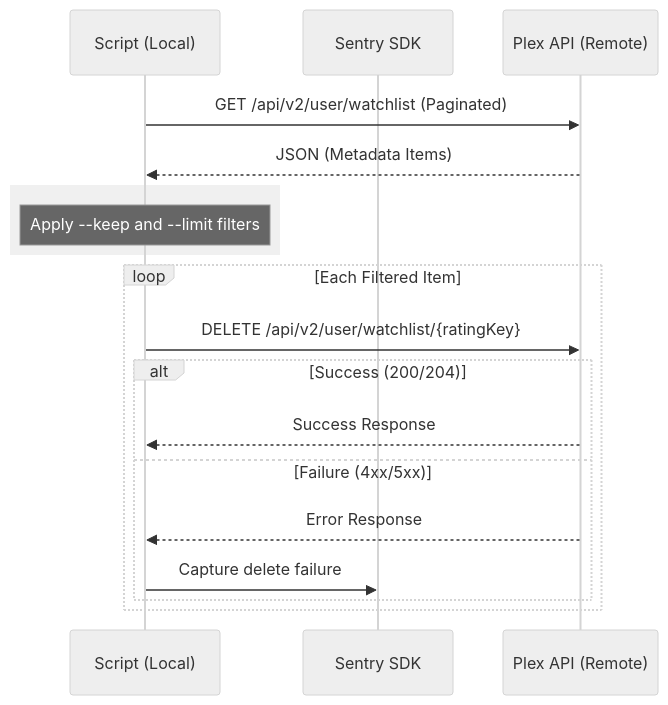
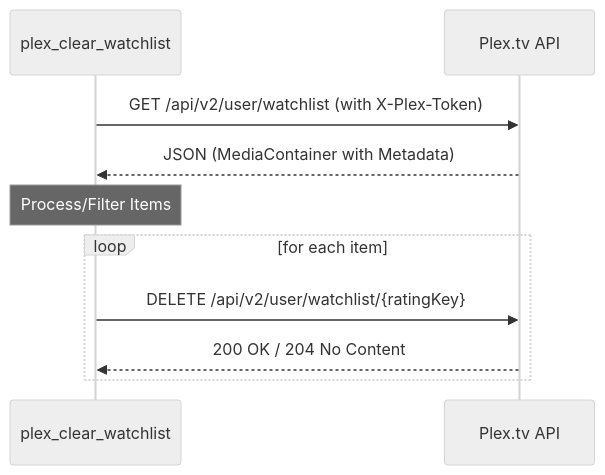
Before and after one commit to Avkroken/Docker-idempotent-update: the second of 2 diagrams in .cubic/wiki/01-sec-overview/01-page-home.md, drawn with Mermaid (neutral theme). The commit also changed other lines of this file and 42 other files, not shown here.

````diff
--- a/.cubic/wiki/01-sec-overview/01-page-home.md
+++ b/.cubic/wiki/01-sec-overview/01-page-home.md
@@ -70,23 +88,13 @@
 ```mermaid
 sequenceDiagram
-    participant Script as Script (Local)
-    participant Sentry as Sentry SDK
-    participant Plex as Plex API (Remote)
-
-    Script->>Plex: GET /api/v2/user/watchlist (Paginated)
-    Plex-->>Script: JSON (Metadata Items)
+    participant App as plex_clear_watchlist
+    participant Plex as Plex.tv API
     
-    rect rgb(240, 240, 240)
-        Note over Script: Apply --keep and --limit filters
-    end
-
-    loop Each Filtered Item
-        Script->>Plex: DELETE /api/v2/user/watchlist/{ratingKey}
-        alt Success (200/204)
-            Plex-->>Script: Success Response
-        else Failure (4xx/5xx)
-            Plex-->>Script: Error Response
-            Script->>Sentry: Capture delete failure
-        end
+    App->>Plex: GET /api/v2/user/watchlist (with X-Plex-Token)
+    Plex-->>App: JSON (MediaContainer with Metadata)
+    Note over App: Process/Filter Items
+    loop for each item
+        App->>Plex: DELETE /api/v2/user/watchlist/{ratingKey}
+        Plex-->>App: 200 OK / 204 No Content
     end
 ```
````
